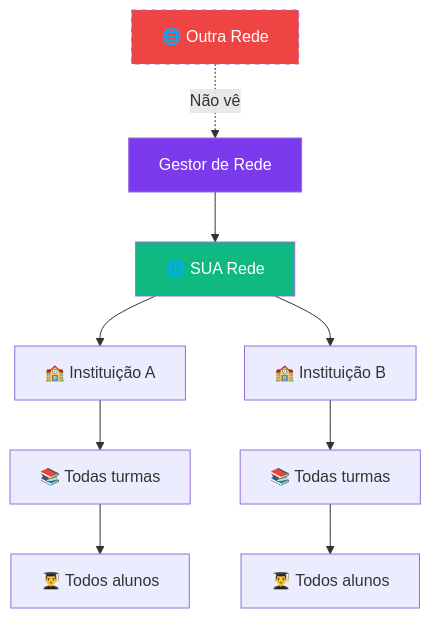
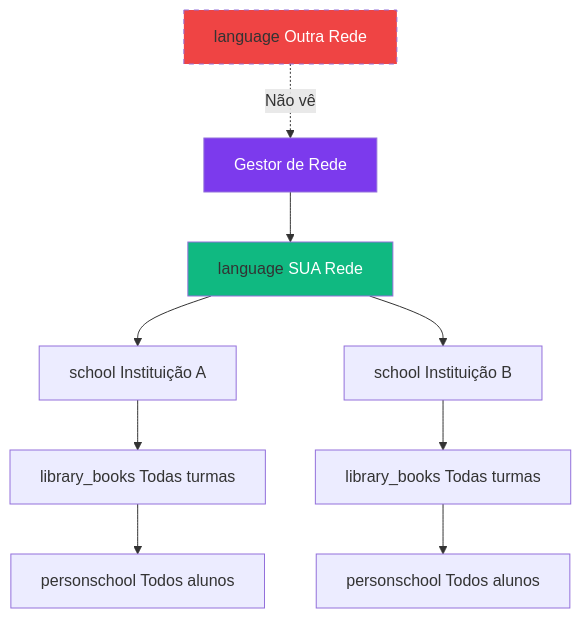
Before and after one commit to fabioeducacross/Ambiente_de_Prototipacao_V5: the second of 5 diagrams in documentation/docs/business-rules/access-control.md, drawn with Mermaid. The commit also changed other lines of this file and 46 other files, not shown here.

First line of the commit message:
feat: substitui emojis por Material Symbols icons na wiki

````diff
--- a/documentation/docs/business-rules/access-control.md
+++ b/documentation/docs/business-rules/access-control.md
@@ -93,18 +93,18 @@
 ```mermaid
 graph TD
-    GR[<IconNetworkManager /> Gestor de Rede] --> R[🌐 SUA Rede]
-    R --> I1[🏫 Instituição A]
-    R --> I2[🏫 Instituição B]
+    GR[<IconNetworkManager /> Gestor de Rede] --> R[<span class="material-symbols-outlined">language</span> SUA Rede]
+    R --> I1[<span class="material-symbols-outlined">school</span> Instituição A]
+    R --> I2[<span class="material-symbols-outlined">school</span> Instituição B]
     
-    I1 --> T1[📚 Todas turmas]
-    I2 --> T2[📚 Todas turmas]
+    I1 --> T1[<span class="material-symbols-outlined">library_books</span> Todas turmas]
+    I2 --> T2[<span class="material-symbols-outlined">library_books</span> Todas turmas]
     
-    T1 --> A1[👨‍🎓 Todos alunos]
-    T2 --> A2[👨‍🎓 Todos alunos]
+    T1 --> A1[<span class="material-symbols-outlined">person</span>‍<span class="material-symbols-outlined">school</span> Todos alunos]
+    T2 --> A2[<span class="material-symbols-outlined">person</span>‍<span class="material-symbols-outlined">school</span> Todos alunos]
     
-    OR[🌐 Outra Rede] -.->|Não vê| GR
+    OR[<span class="material-symbols-outlined">language</span> Outra Rede] -.->|Não vê| GR
     
     style GR fill:#7C3AED,color:#fff
     style R fill:#10B981,color:#fff
     style OR fill:#EF4444,color:#fff,stroke-dasharray: 5 5
 ```
````
